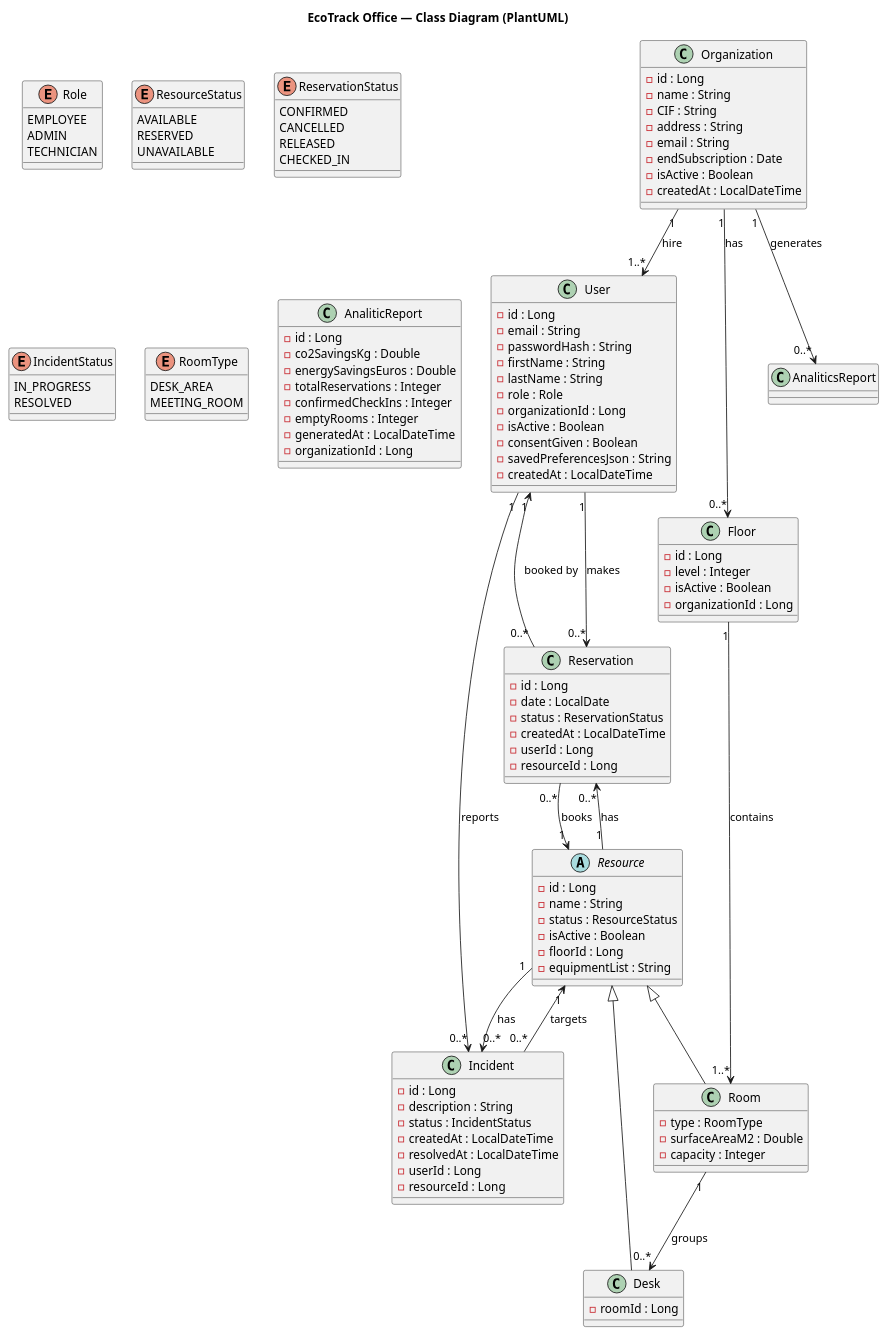
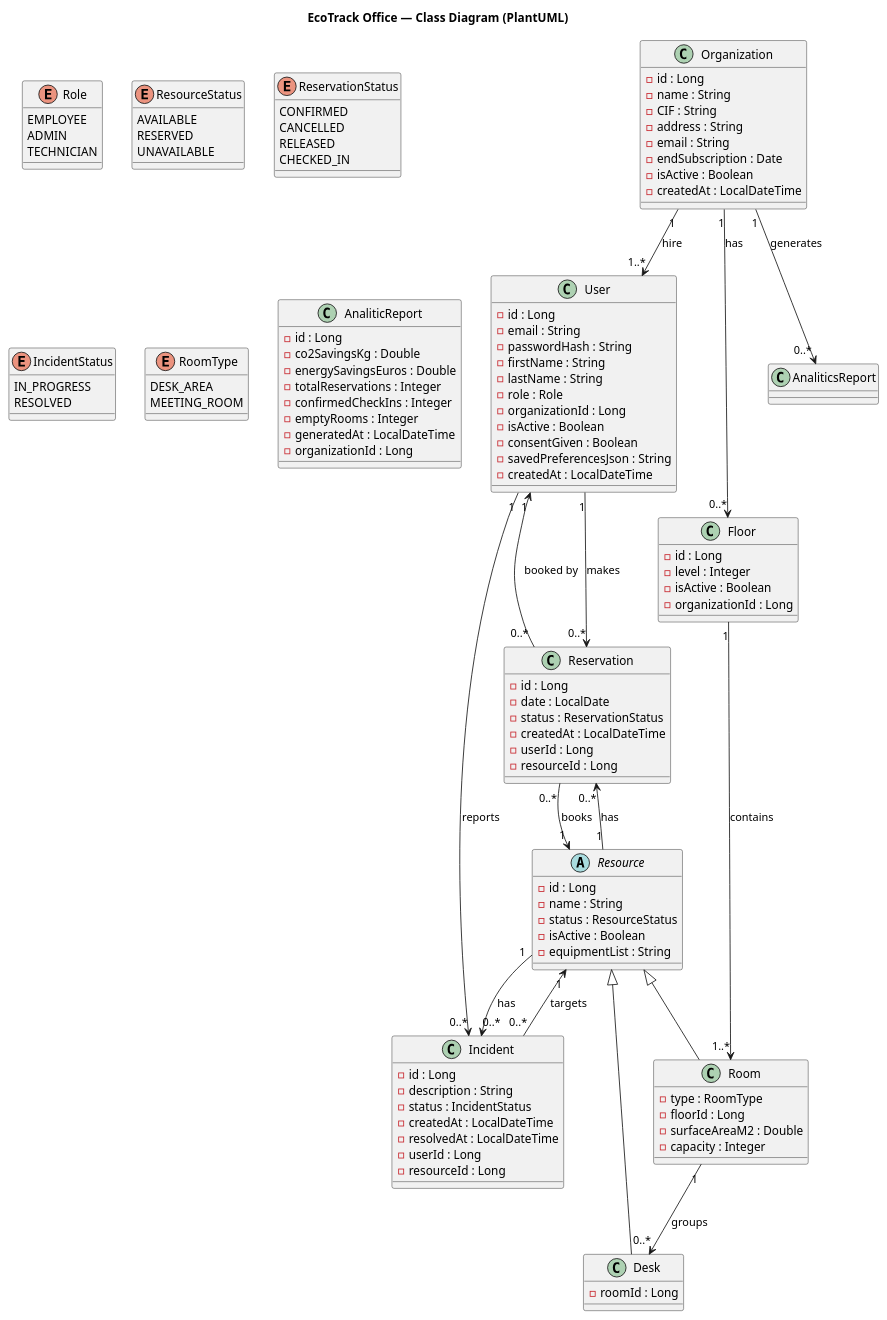
Before and after one commit to GuillaumeEven/ecotrack-office: the diagram in _bmad-output/planning-artifacts/class-diagram.md, drawn with PlantUML. The commit also changed other lines of this file and 6 other files, not shown here.

```diff
--- a/_bmad-output/planning-artifacts/class-diagram.md
+++ b/_bmad-output/planning-artifacts/class-diagram.md
@@ -71,12 +71,12 @@
     - name : String
     - status : ResourceStatus
     - isActive : Boolean
-    - floorId : Long
     - equipmentList : String
 }
 
 class Room {
     - type : RoomType
+    - floorId : Long
     - surfaceAreaM2 : Double
     - capacity : Integer
 }
```
